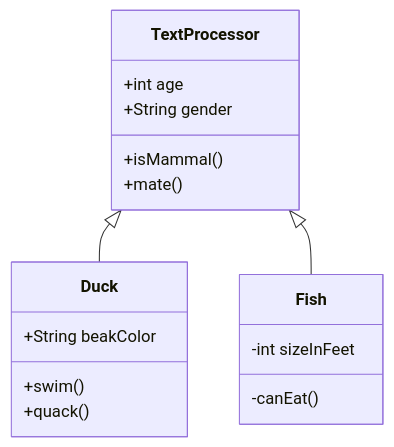
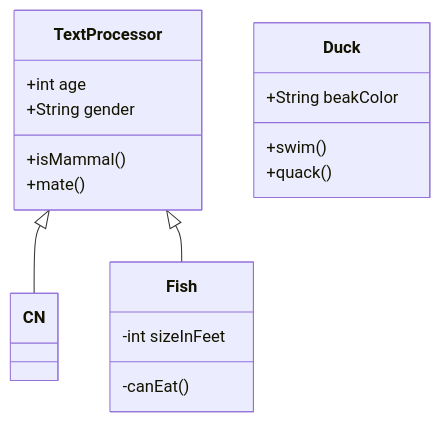
Before and after one commit to Jason-DancingBoy/iodraw-files: the diagram in all/未命名.md, drawn with Mermaid.

Commit message:
2026-01-02 20:30:58 update

````diff
--- a/all/未命名.md
+++ b/all/未命名.md
@@ -1,19 +1,19 @@
 ```mermaid
 classDiagram
-    TextProcessor <|-- Duck
+    TextProcessor <|-- CN
     TextProcessor <|-- Fish
     TextProcessor : +int age
     TextProcessor : +String gender
     TextProcessor: +isMammal()
     TextProcessor: +mate()
     class Duck{
       +String beakColor
       +swim()
       +quack()
     }
     class Fish{
       -int sizeInFeet
       -canEat()
     }
             
 ```
````
